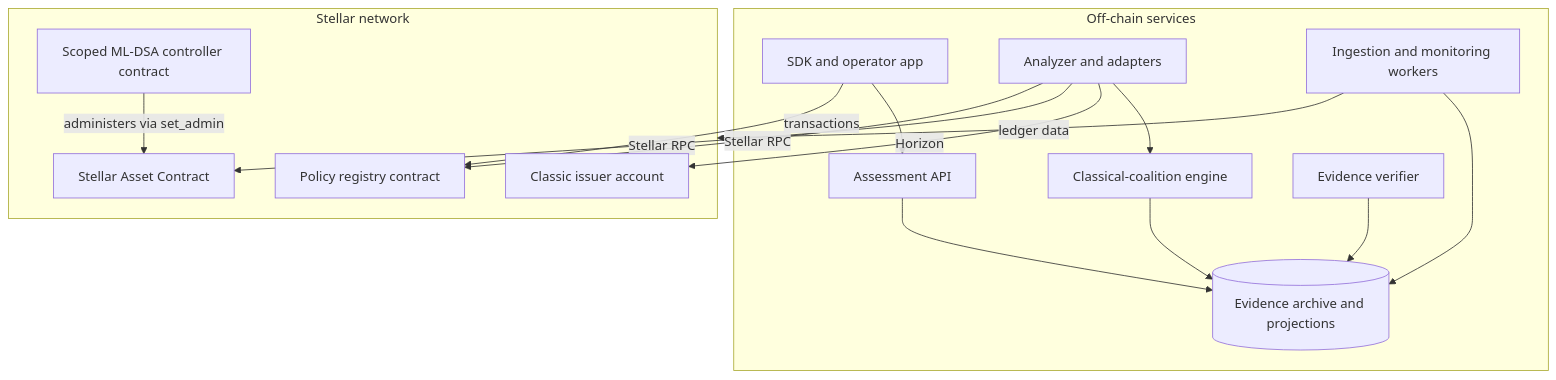
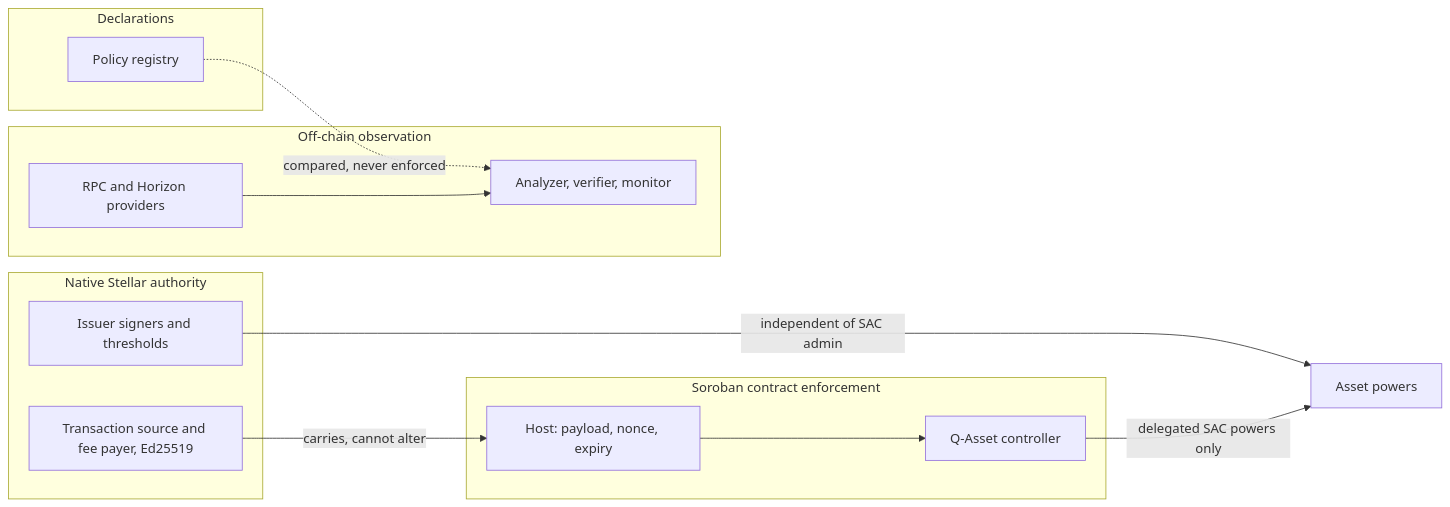
Before and after one commit to qasset-labs/stellar-qasset: the eighth of 14 diagrams in docs/ARCHITECTURE.md, drawn with Mermaid. The commit also changed other lines of this file and 11 other files, not shown here.

First line of the commit message:
Document the complete architecture, add engineering backlog and CI

````diff
--- a/docs/ARCHITECTURE.md
+++ b/docs/ARCHITECTURE.md
@@ -129,28 +503,24 @@
 ```mermaid
-flowchart TB
-  subgraph Offchain[Off-chain services]
-    SDK[SDK and operator app]
-    API[Assessment API]
-    Analyzer[Analyzer and adapters]
-    Engine[Classical-coalition engine]
-    Verifier[Evidence verifier]
-    Monitor[Ingestion and monitoring workers]
-    Store[(Evidence archive and projections)]
+flowchart LR
+  subgraph Native[Native Stellar authority]
+    IssuerKeys[Issuer signers and thresholds]
+    Envelope[Transaction source and fee payer, Ed25519]
   end
-  subgraph Onchain[Stellar network]
-    Registry[Policy registry contract]
-    Controller[Scoped ML-DSA controller contract]
-    SAC[Stellar Asset Contract]
-    Issuer[Classic issuer account]
+  subgraph Soroban[Soroban contract enforcement]
+    HostAuth[Host: payload, nonce, expiry]
+    Ctrl[Q-Asset controller]
   end
-  SDK --> API --> Store
-  Analyzer --> Engine --> Store
-  Verifier --> Store
-  Monitor --> Store
-  Analyzer -->|Horizon| Issuer
-  Analyzer -->|Stellar RPC| SAC
-  Analyzer -->|Stellar RPC| Registry
-  Monitor -->|ledger data| Onchain
-  SDK -->|transactions| Registry
-  Controller -->|administers via set_admin| SAC
+  subgraph Declared[Declarations]
+    Reg[Policy registry]
+  end
+  subgraph Offchain[Off-chain observation]
+    Obs[Analyzer, verifier, monitor]
+    Providers[RPC and Horizon providers]
+  end
+  IssuerKeys -->|independent of SAC admin| Assets[Asset powers]
+  Ctrl -->|delegated SAC powers only| Assets
+  HostAuth --> Ctrl
+  Envelope -->|carries, cannot alter| HostAuth
+  Reg -.->|compared, never enforced| Obs
+  Providers --> Obs
 ```
````
